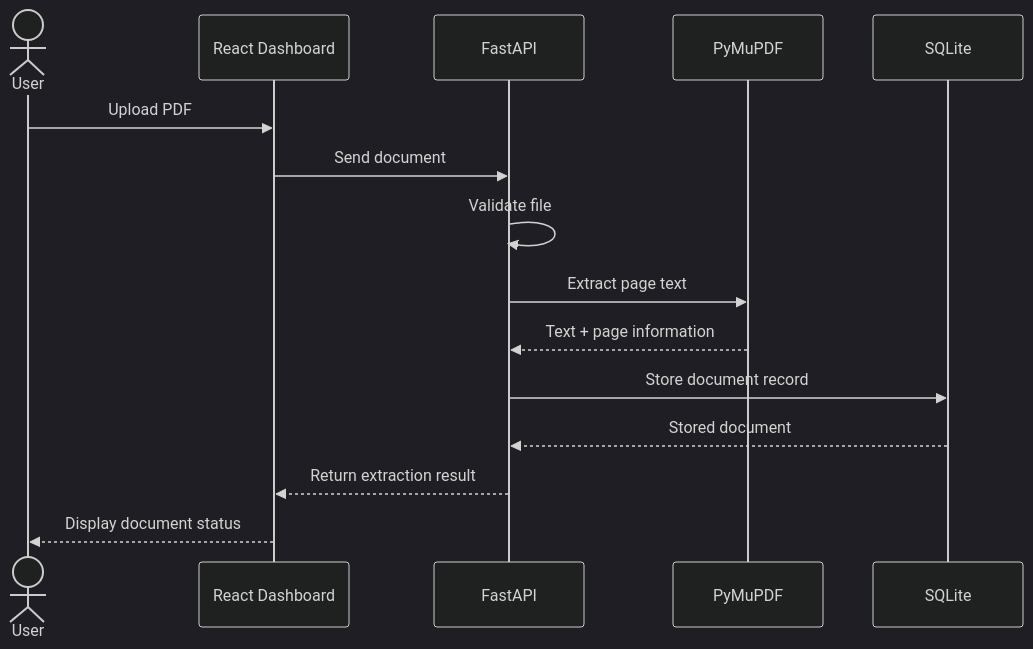
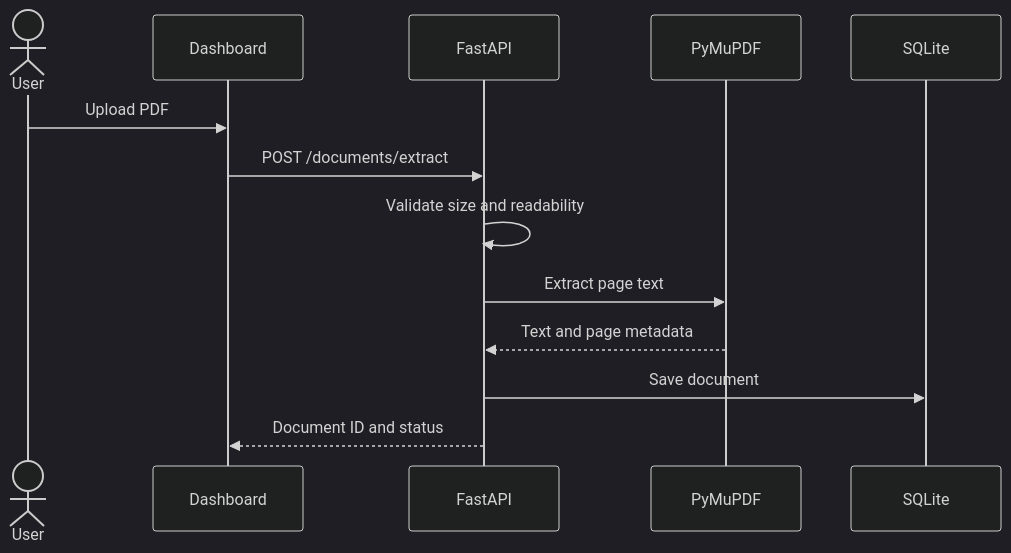
The third of 6 diagrams in README.md (rajshreesinha-23/regulalens-ai), drawn with Mermaid (dark theme) before and after one commit. The commit also changed other lines of this file, not shown here.

````diff
--- a/README.md
+++ b/README.md
@@ -95,18 +63,16 @@
 ```mermaid
 sequenceDiagram
     actor User
-    participant UI as React Dashboard
+    participant UI as Dashboard
     participant API as FastAPI
     participant PDF as PyMuPDF
     participant DB as SQLite
 
     User->>UI: Upload PDF
-    UI->>API: Send document
-    API->>API: Validate file
+    UI->>API: POST /documents/extract
+    API->>API: Validate size and readability
     API->>PDF: Extract page text
-    PDF-->>API: Text + page information
-    API->>DB: Store document record
-    DB-->>API: Stored document
-    API-->>UI: Return extraction result
-    UI-->>User: Display document status
+    PDF-->>API: Text and page metadata
+    API->>DB: Save document
+    API-->>UI: Document ID and status
 ```
````
